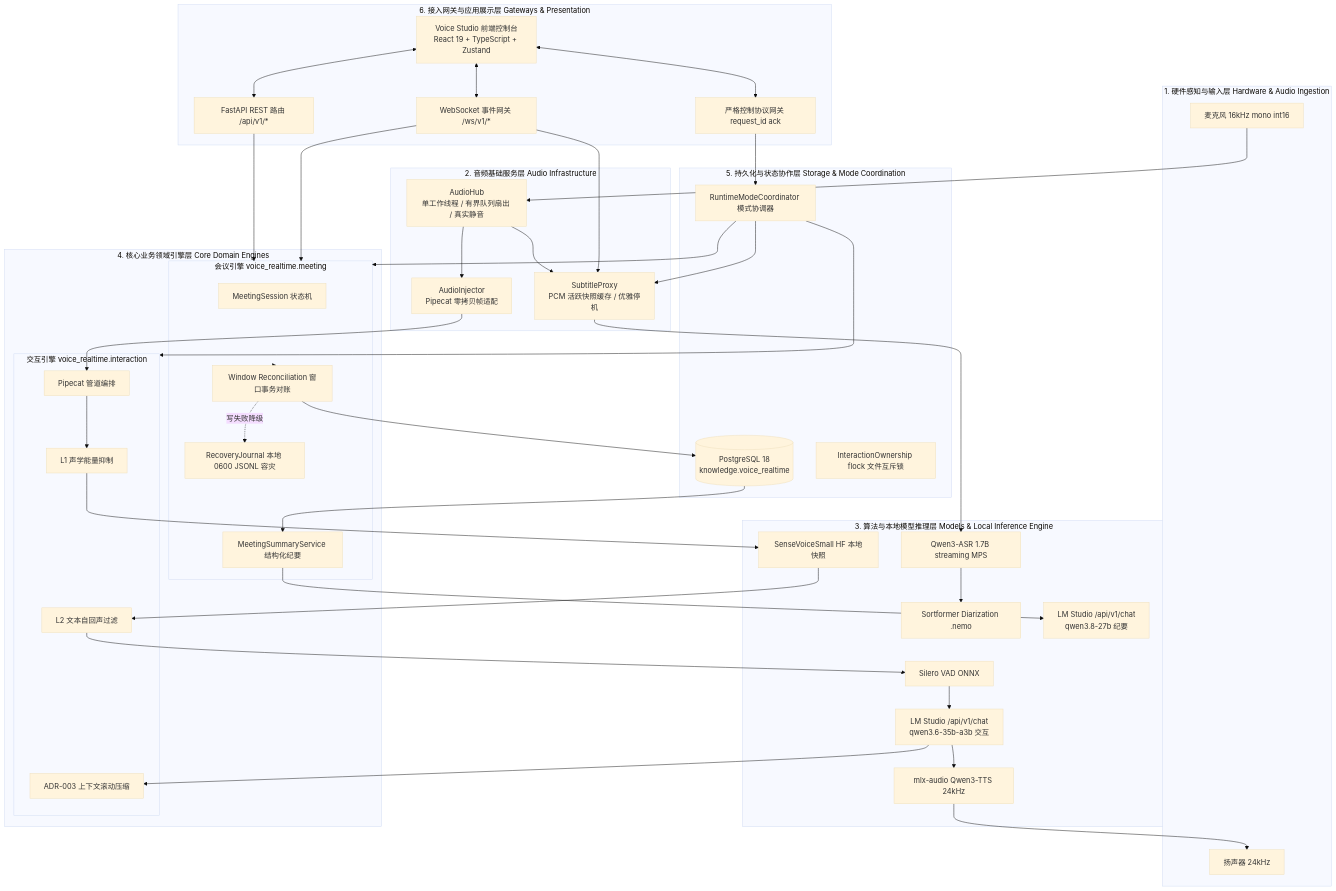
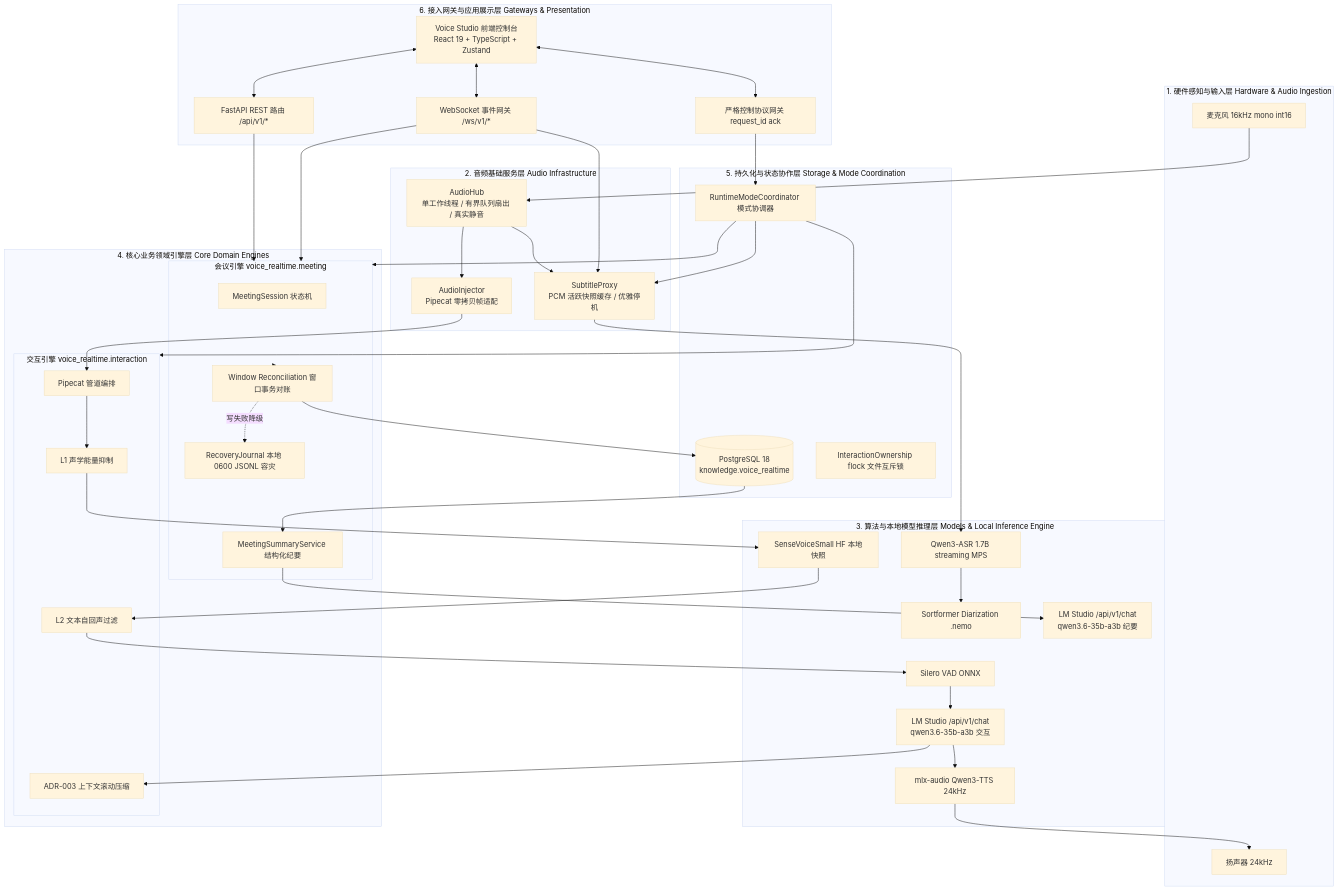
One commit to hrygo/voice-realtime changed the first of 13 diagrams in docs/architecture/系统总体架构与详细设计方案.md. Above: the diagram before and after it, drawn with Mermaid (base theme). The commit also changed other lines of this file and 50 other files, not shown here.

```diff
--- a/docs/architecture/系统总体架构与详细设计方案.md
+++ b/docs/architecture/系统总体架构与详细设计方案.md
@@ -126,7 +126,7 @@
         ASR_M2[Qwen3-ASR 1.7B streaming MPS]
         DIAR_M[Sortformer Diarization .nemo]
         LLM_M1[LM Studio /api/v1/chat<br/>qwen3.6-35b-a3b 交互]
-        LLM_M2[LM Studio /api/v1/chat<br/>qwen3.8-27b 纪要]
+        LLM_M2[LM Studio /api/v1/chat<br/>qwen3.6-35b-a3b 纪要]
         TTS_M[mlx-audio Qwen3-TTS 24kHz]
     end
 
```
